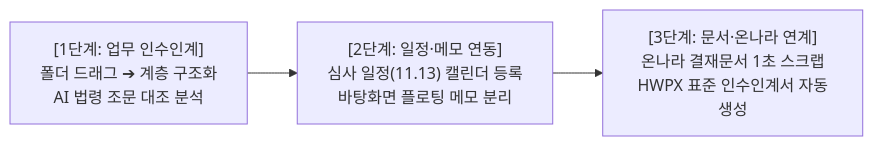
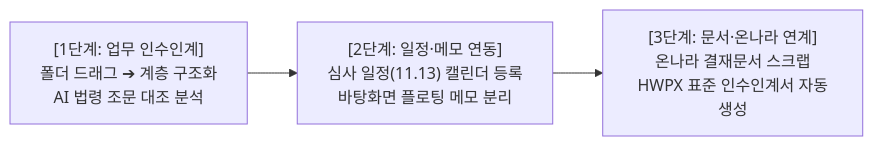
One commit to wookoon2024/TaskCalendar changed the diagram in README.md. Above: the diagram before and after it, drawn with Mermaid. The commit also changed other lines of this file and 191 other files, not shown here.

````diff
--- a/README.md
+++ b/README.md
@@ -54,5 +51,5 @@
 ```mermaid
 flowchart LR
     A["[1단계: 업무 인수인계]<br>폴더 드래그 ➔ 계층 구조화<br>AI 법령 조문 대조 분석"] --> B["[2단계: 일정·메모 연동]<br>심사 일정(11.13) 캘린더 등록<br>바탕화면 플로팅 메모 분리"]
-    B --> C["[3단계: 문서·온나라 연계]<br>온나라 결재문서 1초 스크랩<br>HWPX 표준 인수인계서 자동생성"]
+    B --> C["[3단계: 문서·온나라 연계]<br>온나라 결재문서 스크랩<br>HWPX 표준 인수인계서 자동생성"]
 ```
````
